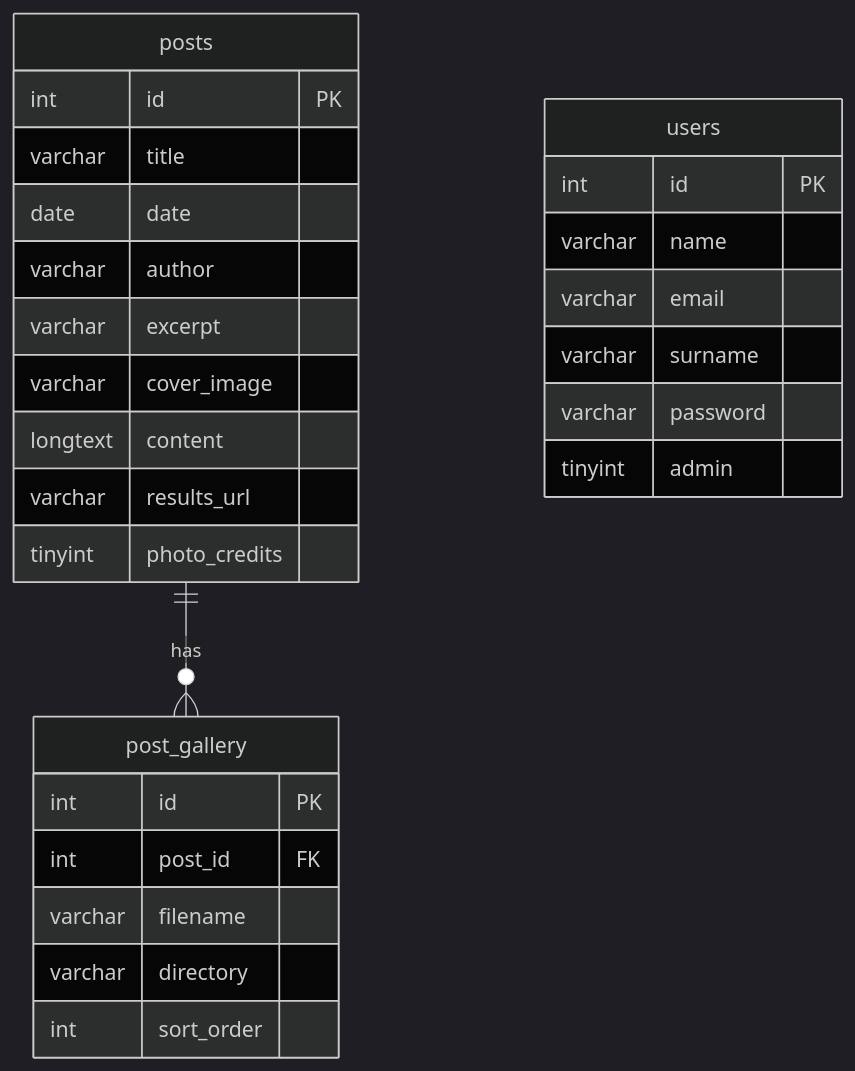
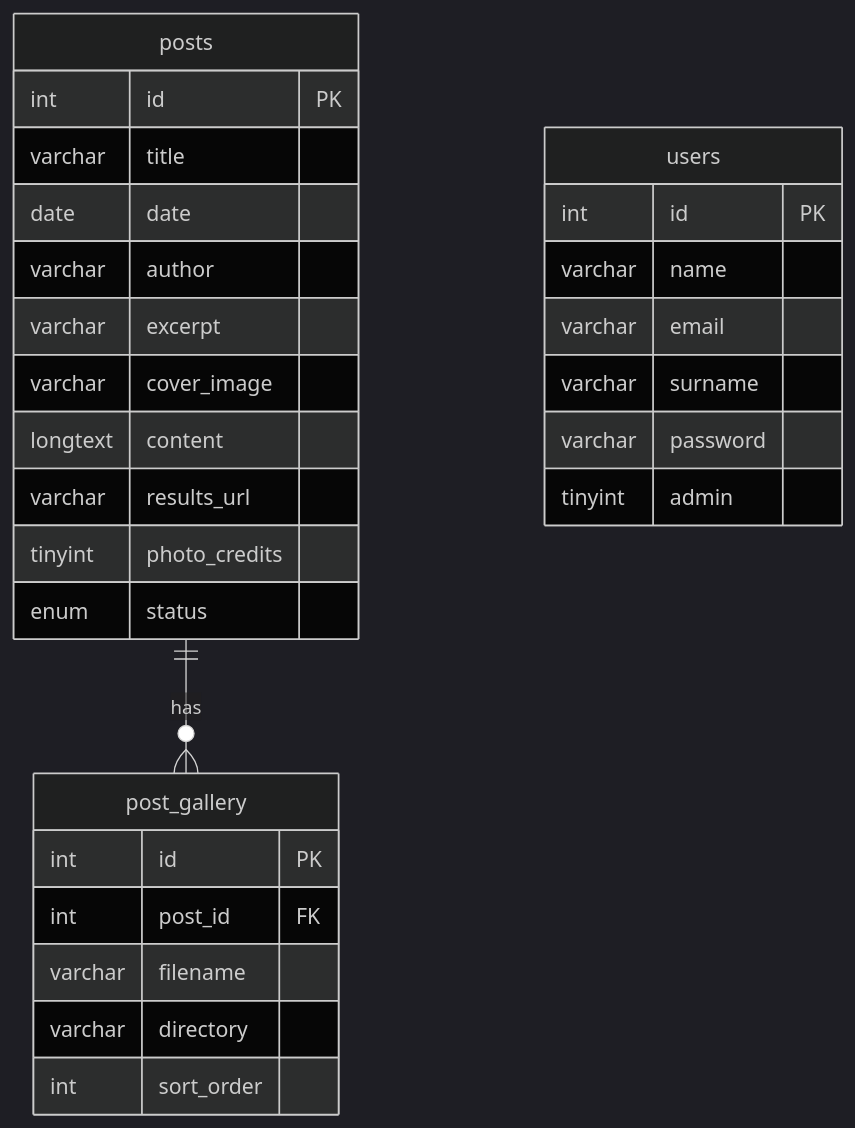
One commit to AlexSzczygielski/argo_website changed the diagram in db/README.md. Above: the diagram before and after it, drawn with Mermaid (dark theme). The commit also changed other lines of this file and 12 other files, not shown here.

````diff
--- a/db/README.md
+++ b/db/README.md
@@ -19,33 +19,34 @@
 ```mermaid
 erDiagram
     posts {
         int id PK
         varchar title
         date date
         varchar author
         varchar excerpt
         varchar cover_image
         longtext content
         varchar results_url
         tinyint photo_credits
+        enum status
     }
 
     post_gallery {
         int id PK
         int post_id FK
         varchar filename
         varchar directory
         int sort_order
     }
 
     users {
         int id PK
         varchar name
         varchar email
         varchar surname
         varchar password
         tinyint admin
     }
 
     posts ||--o{ post_gallery : "has"
 ```
````
